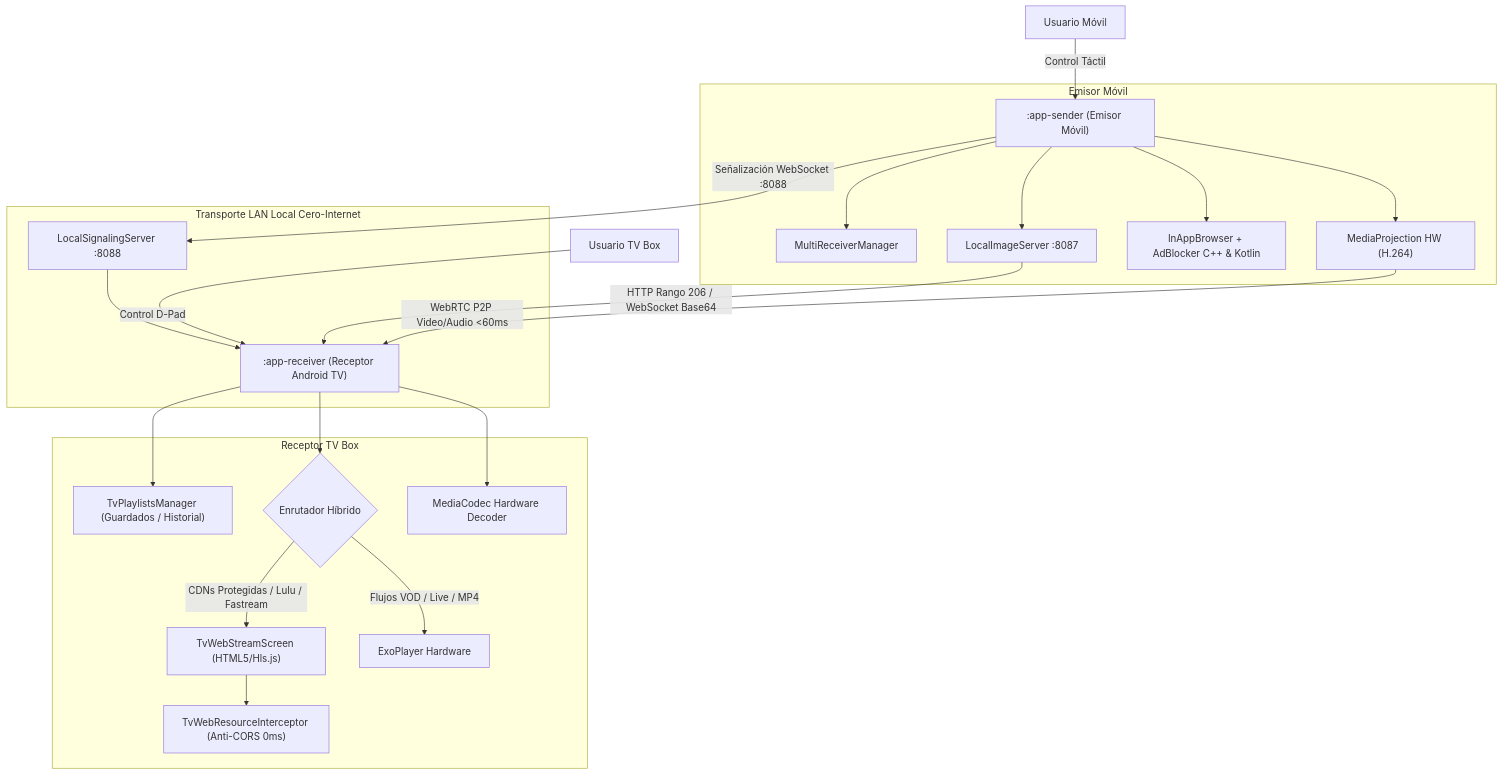
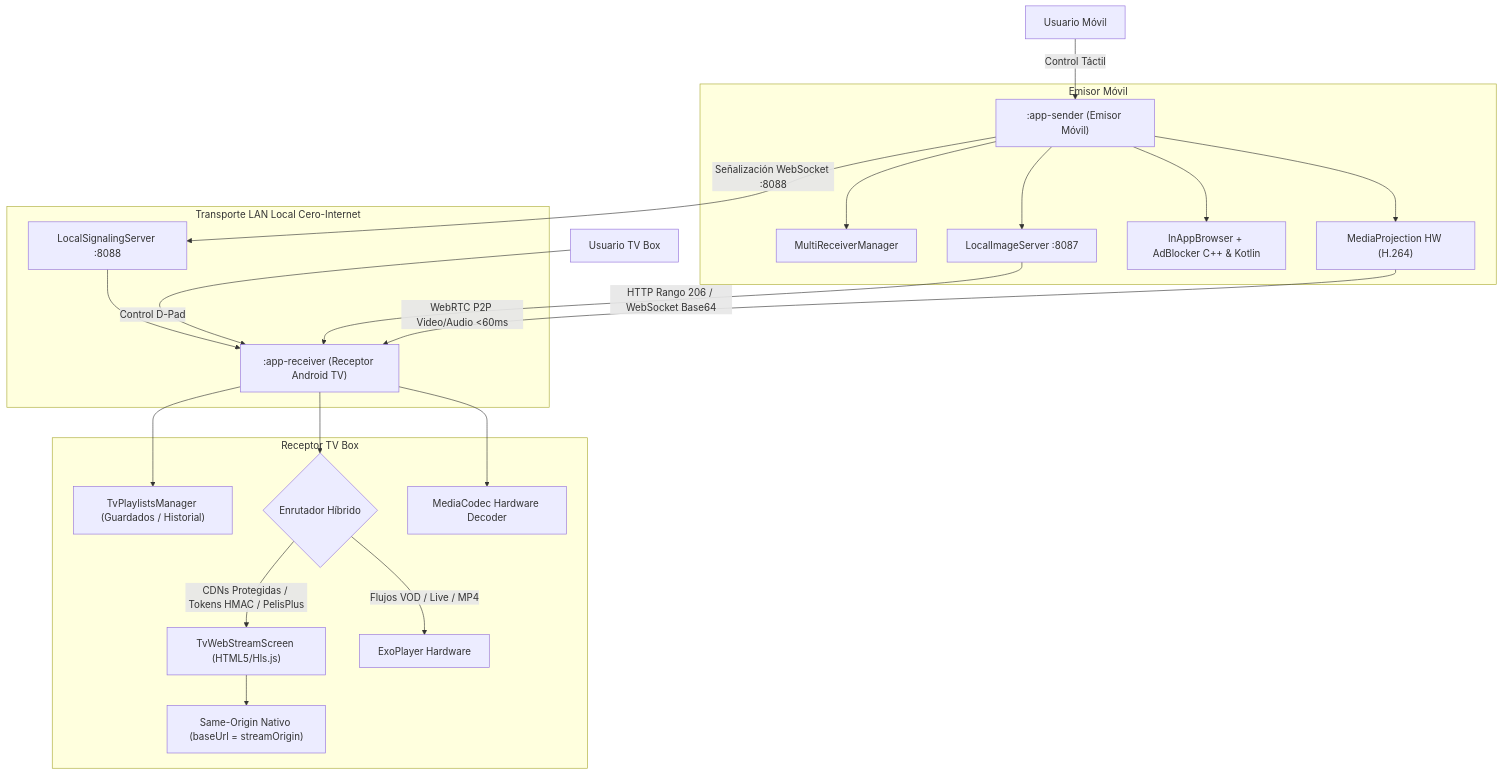
The first of 4 diagrams in doc/ARCHITECTURE.md (satacada/ProyectarAplicacion), drawn with Mermaid before and after one commit. The commit also changed other lines of this file and 3 other files, not shown here.

````diff
--- a/doc/ARCHITECTURE.md
+++ b/doc/ARCHITECTURE.md
@@ -23,28 +23,28 @@
 ```mermaid
 graph TD
     User["Usuario Móvil"] -->|Control Táctil| SenderApp[":app-sender (Emisor Móvil)"]
     TVUser["Usuario TV Box"] -->|Control D-Pad| ReceiverApp[":app-receiver (Receptor Android TV)"]
 
     subgraph Emisor Móvil
         SenderApp --> MediaProj["MediaProjection HW (H.264)"]
         SenderApp --> WebBrowser["InAppBrowser + AdBlocker C++ & Kotlin"]
         SenderApp --> PhotoServer["LocalImageServer :8087"]
         SenderApp --> MultiCastMgr["MultiReceiverManager"]
     end
 
     subgraph Transporte LAN Local Cero-Internet
         MediaProj -->|WebRTC P2P Video/Audio <60ms| ReceiverApp
         PhotoServer -->|HTTP Rango 206 / WebSocket Base64| ReceiverApp
         SenderApp -->|Señalización WebSocket :8088| LocalSigServer["LocalSignalingServer :8088"]
     end
 
     subgraph Receptor TV Box
         LocalSigServer --> ReceiverApp
         ReceiverApp --> HWDecoder["MediaCodec Hardware Decoder"]
         ReceiverApp --> DualPlayer{"Enrutador Híbrido"}
         DualPlayer -->|Flujos VOD / Live / MP4| ExoPlayerTV["ExoPlayer Hardware"]
-        DualPlayer -->|CDNs Protegidas / Lulu / Fastream| TvWebStream["TvWebStreamScreen (HTML5/Hls.js)"]
-        TvWebStream --> AntiCors["TvWebResourceInterceptor (Anti-CORS 0ms)"]
+        DualPlayer -->|CDNs Protegidas / Tokens HMAC / PelisPlus| TvWebStream["TvWebStreamScreen (HTML5/Hls.js)"]
+        TvWebStream --> SameOrigin["Same-Origin Nativo (baseUrl = streamOrigin)"]
         ReceiverApp --> TVPlaylists["TvPlaylistsManager (Guardados / Historial)"]
     end
 ```
````
